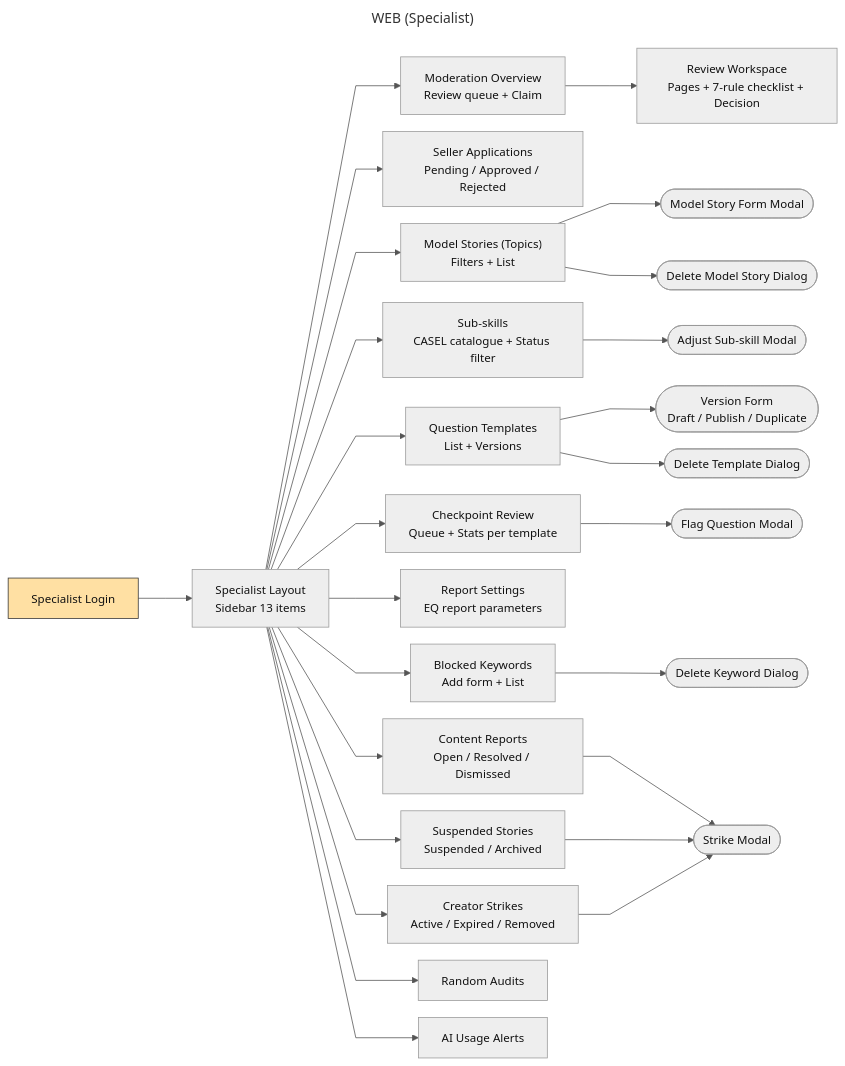
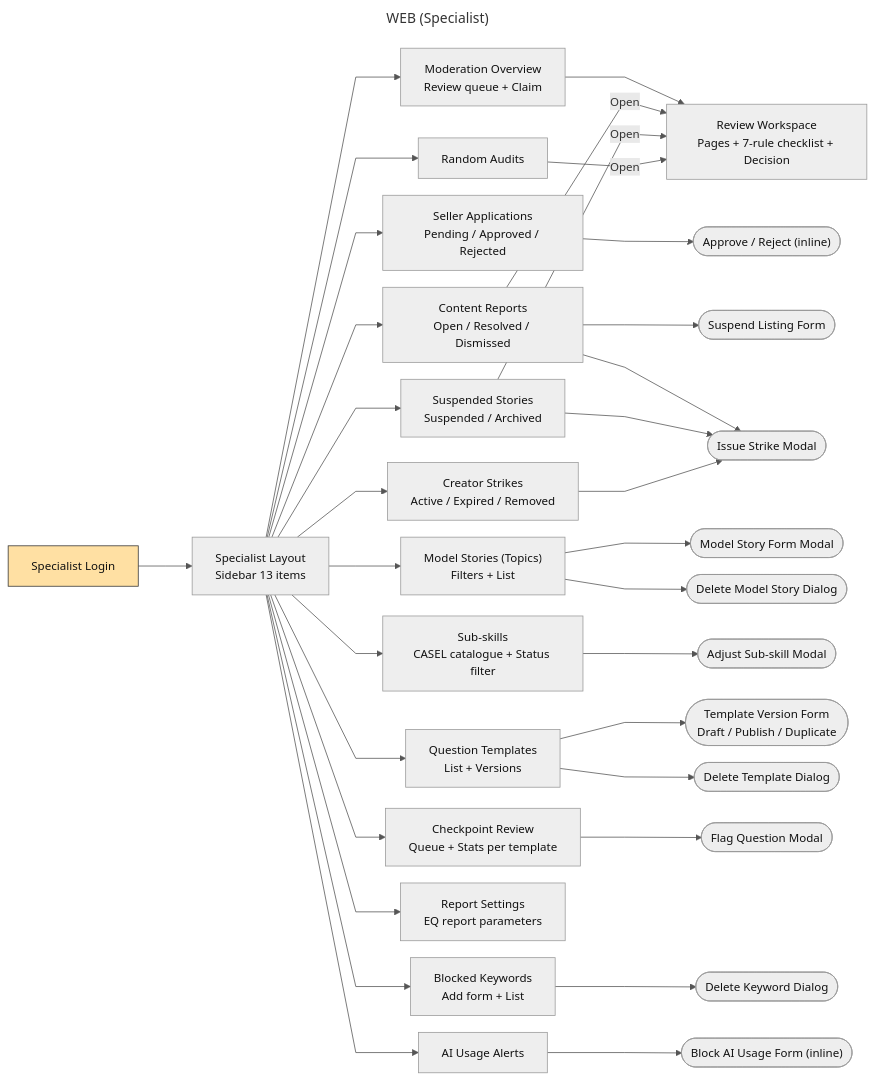
One commit to SEP490-GFA26SE186/BE changed the diagram in docs/diagrams/srs/screen-flow-specialist.mmd. Above: the diagram before and after it, drawn with Mermaid. The commit also changed 4 other files, not shown here.

```diff
--- a/docs/diagrams/srs/screen-flow-specialist.mmd
+++ b/docs/diagrams/srs/screen-flow-specialist.mmd
@@ -1,33 +1,39 @@
 ---
 title: WEB (Specialist)
 ---
 %%{init: {"flowchart": {"curve": "linear", "nodeSpacing": 22, "rankSpacing": 70}, "themeVariables": {"fontFamily": "Arial", "fontSize": "15px", "lineColor": "#555555"}}}%%
 flowchart LR
   Login["Specialist Login"]:::start --> L["Specialist Layout<br/>Sidebar 13 items"]
   L --> Dash["Moderation Overview<br/>Review queue + Claim"]
   Dash --> WS["Review Workspace<br/>Pages + 7-rule checklist + Decision"]
   L --> Apps["Seller Applications<br/>Pending / Approved / Rejected"]
+  Apps --> AppAct(["Approve / Reject (inline)"])
+  L --> Rep["Content Reports<br/>Open / Resolved / Dismissed"]
+  Rep -->|Open| WS
+  Rep --> SuspF(["Suspend Listing Form"])
+  Rep --> StrikeM(["Issue Strike Modal"])
+  L --> Susp["Suspended Stories<br/>Suspended / Archived"]
+  Susp -->|Open| WS
+  Susp --> StrikeM
+  L --> Aud["Random Audits"]
+  Aud -->|Open| WS
+  L --> Str["Creator Strikes<br/>Active / Expired / Removed"]
+  Str --> StrikeM
   L --> Topics["Model Stories (Topics)<br/>Filters + List"]
   Topics --> TopicM(["Model Story Form Modal"])
   Topics --> DelTopic(["Delete Model Story Dialog"])
   L --> Sub["Sub-skills<br/>CASEL catalogue + Status filter"]
   Sub --> SubM(["Adjust Sub-skill Modal"])
   L --> Tpl["Question Templates<br/>List + Versions"]
-  Tpl --> VerF(["Version Form<br/>Draft / Publish / Duplicate"])
+  Tpl --> VerF(["Template Version Form<br/>Draft / Publish / Duplicate"])
   Tpl --> DelTpl(["Delete Template Dialog"])
   L --> CPR["Checkpoint Review<br/>Queue + Stats per template"]
   CPR --> FlagM(["Flag Question Modal"])
   L --> RS["Report Settings<br/>EQ report parameters"]
   L --> KW["Blocked Keywords<br/>Add form + List"]
   KW --> DelKW(["Delete Keyword Dialog"])
-  L --> Rep["Content Reports<br/>Open / Resolved / Dismissed"]
-  L --> Susp["Suspended Stories<br/>Suspended / Archived"]
-  L --> Str["Creator Strikes<br/>Active / Expired / Removed"]
-  Rep --> StrikeM(["Strike Modal"])
-  Susp --> StrikeM
-  Str --> StrikeM
-  L --> Aud["Random Audits"]
   L --> AIF["AI Usage Alerts"]
+  AIF --> BlockF(["Block AI Usage Form (inline)"])
   classDef default fill:#EEEEEE,stroke:#999999,color:#111111
   classDef start fill:#FFE0A3,stroke:#333333,color:#111111
   classDef ext fill:#FFFFFF,stroke:#555555,stroke-dasharray:5 4,color:#111111
```
